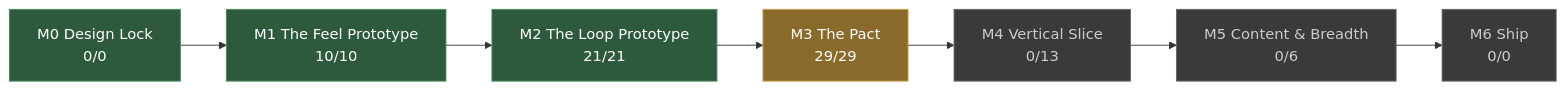
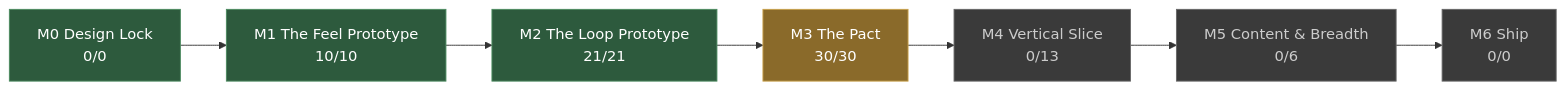
The diagram in docs/STATUS.md (JoshuaGessner/she), drawn with Mermaid before and after one commit. The commit also changed other lines of this file and 8 other files, not shown here.

````diff
--- a/docs/STATUS.md
+++ b/docs/STATUS.md
@@ -13,19 +13,19 @@
 ```mermaid
 flowchart LR
   M0["M0 Design Lock<br/>0/0"]:::passed
   M1["M1 The Feel Prototype<br/>10/10"]:::passed
   M0 --> M1
   M2["M2 The Loop Prototype<br/>21/21"]:::passed
   M1 --> M2
-  M3["M3 The Pact<br/>29/29"]:::current
+  M3["M3 The Pact<br/>30/30"]:::current
   M2 --> M3
   M4["M4 Vertical Slice<br/>0/13"]:::ahead
   M3 --> M4
   M5["M5 Content & Breadth<br/>0/6"]:::ahead
   M4 --> M5
   M6["M6 Ship<br/>0/0"]:::ahead
   M5 --> M6
   classDef passed fill:#2d5a3d,stroke:#4a8a5f,color:#fff
   classDef current fill:#8a6a2a,stroke:#c8a04a,color:#fff
   classDef ahead fill:#3a3a3a,stroke:#666,color:#ccc
 ```
````
